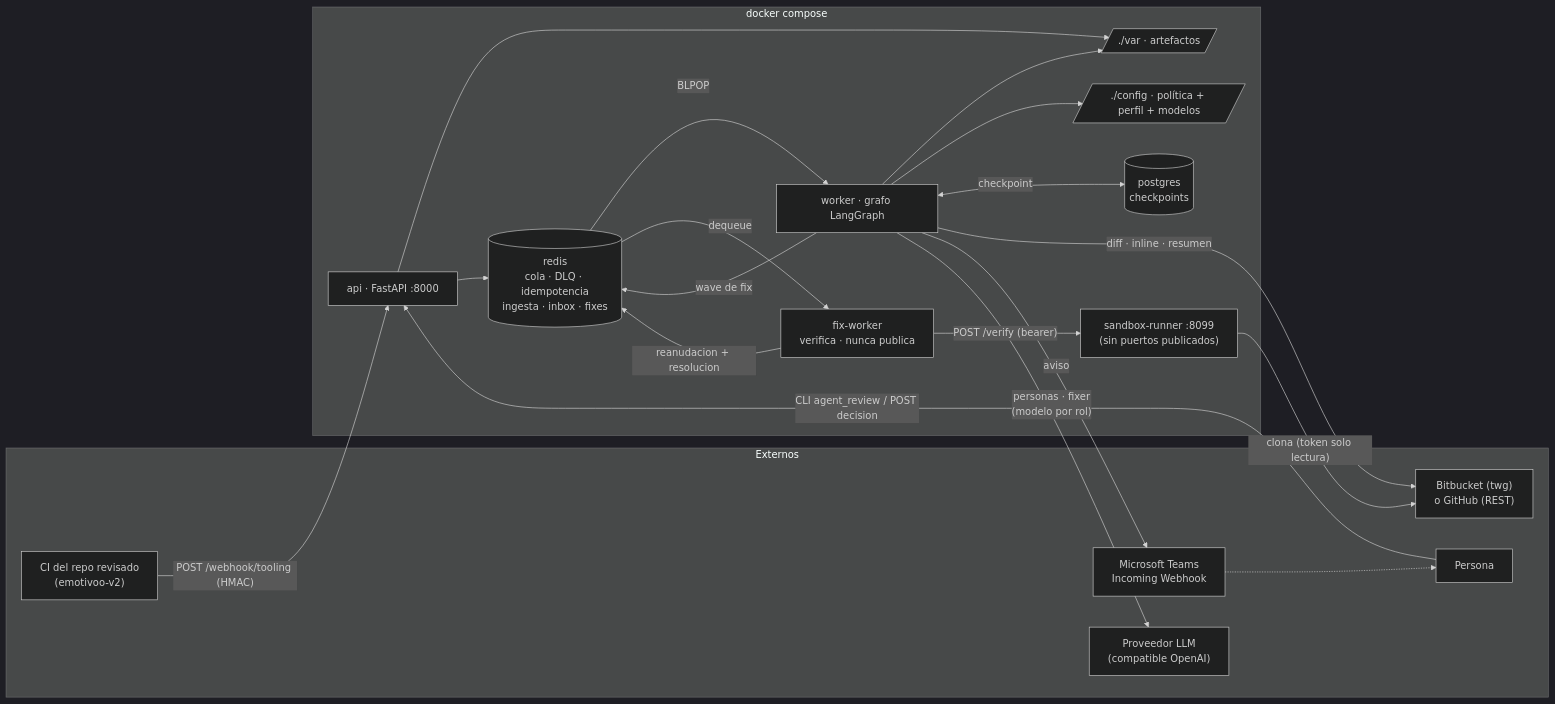
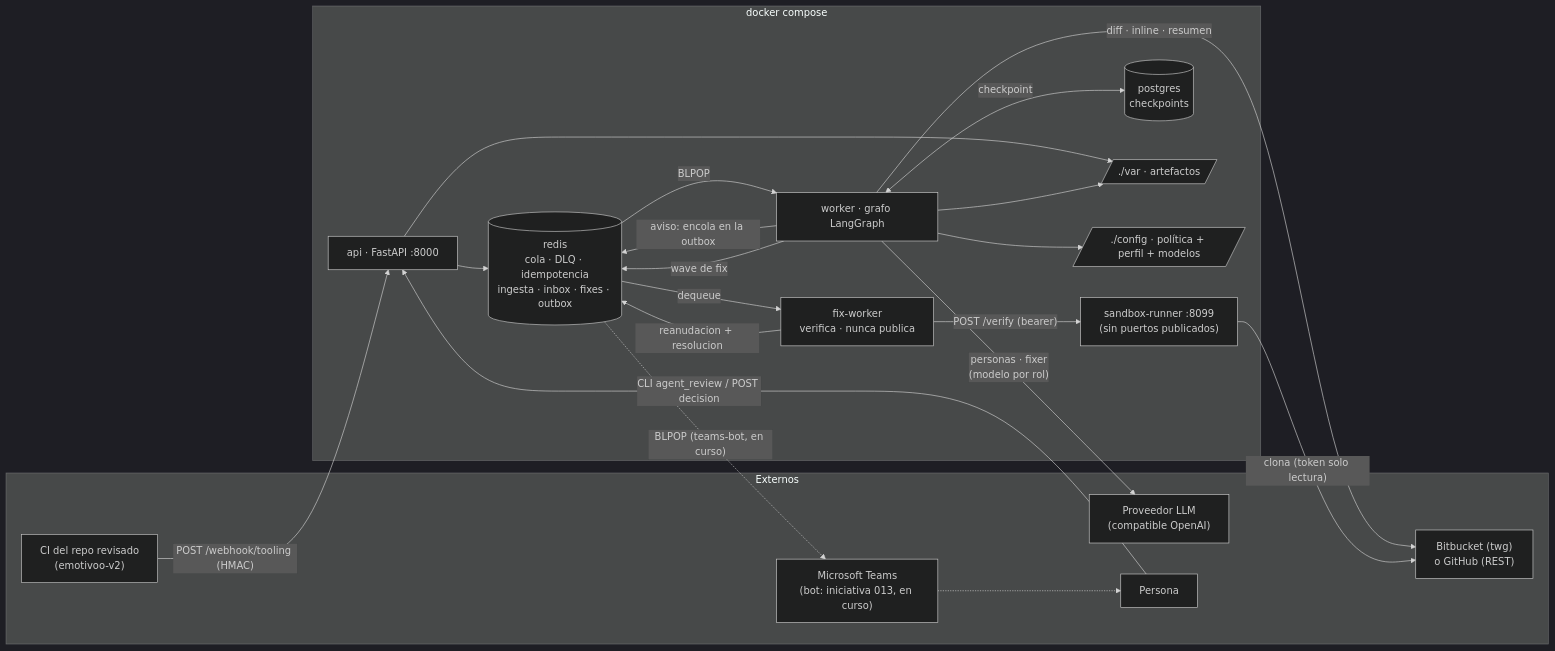
Before and after one commit to pcgarat/agent-review-langgraph: the first of 6 diagrams in docs/arquitectura.md, drawn with Mermaid (dark theme). The commit also changed other lines of this file and 31 other files, not shown here.

First line of the commit message:
feat(teams): contrato ChatNotice y outbox de avisos del canal

````diff
--- a/docs/arquitectura.md
+++ b/docs/arquitectura.md
@@ -13,39 +13,40 @@
 ```mermaid
 flowchart LR
     subgraph EXT["Externos"]
         CI["CI del repo revisado<br/>(emotivoo-v2)"]
         VCS["Bitbucket (twg)<br/>o GitHub (REST)"]
-        TEAMS["Microsoft Teams<br/>Incoming Webhook"]
+        TEAMS["Microsoft Teams<br/>(bot: iniciativa 013, en curso)"]
         LLM["Proveedor LLM<br/>(compatible OpenAI)"]
         HUMAN["Persona"]
     end
 
     subgraph PLAT["docker compose"]
         API["api · FastAPI :8000"]
         WORKER["worker · grafo LangGraph"]
         FIXW["fix-worker<br/>verifica · nunca publica"]
         RUNNER["sandbox-runner :8099<br/>(sin puertos publicados)"]
-        REDIS[("redis<br/>cola · DLQ · idempotencia<br/>ingesta · inbox · fixes")]
+        REDIS[("redis<br/>cola · DLQ · idempotencia<br/>ingesta · inbox · fixes · outbox")]
         PG[("postgres<br/>checkpoints")]
         VAR[/"./var · artefactos"/]
         CFG[/"./config · política + perfil + modelos"/]
     end
 
     CI -->|"POST /webhook/tooling (HMAC)"| API
     API --> VAR
     API --> REDIS
     HUMAN -->|"CLI agent_review / POST decision"| API
     REDIS -->|BLPOP| WORKER
     WORKER --> VAR
     WORKER --> CFG
     WORKER <-->|checkpoint| PG
     WORKER -->|"diff · inline · resumen"| VCS
-    WORKER -->|aviso| TEAMS
+    WORKER -->|"aviso: encola en la outbox"| REDIS
+    REDIS -.->|"BLPOP (teams-bot, en curso)"| TEAMS
     WORKER -->|"personas · fixer<br/>(modelo por rol)"| LLM
     WORKER -->|"wave de fix"| REDIS
     REDIS -->|dequeue| FIXW
     FIXW -->|"POST /verify (bearer)"| RUNNER
     FIXW -->|"reanudacion + resolucion"| REDIS
     RUNNER -->|"clona (token solo lectura)"| VCS
     TEAMS -.-> HUMAN
 ```
````
